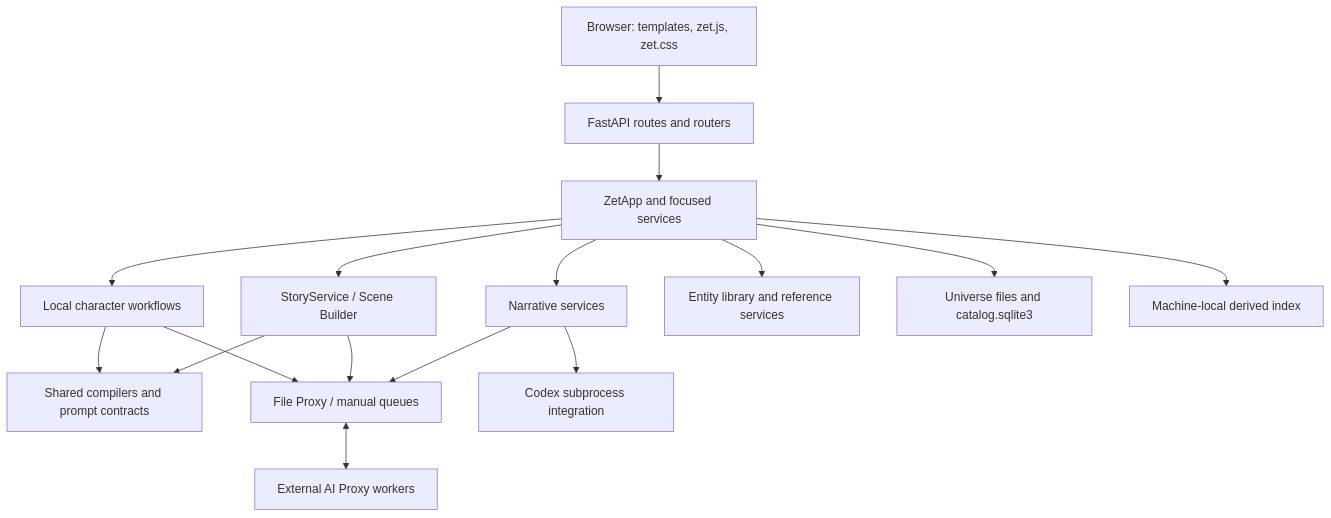
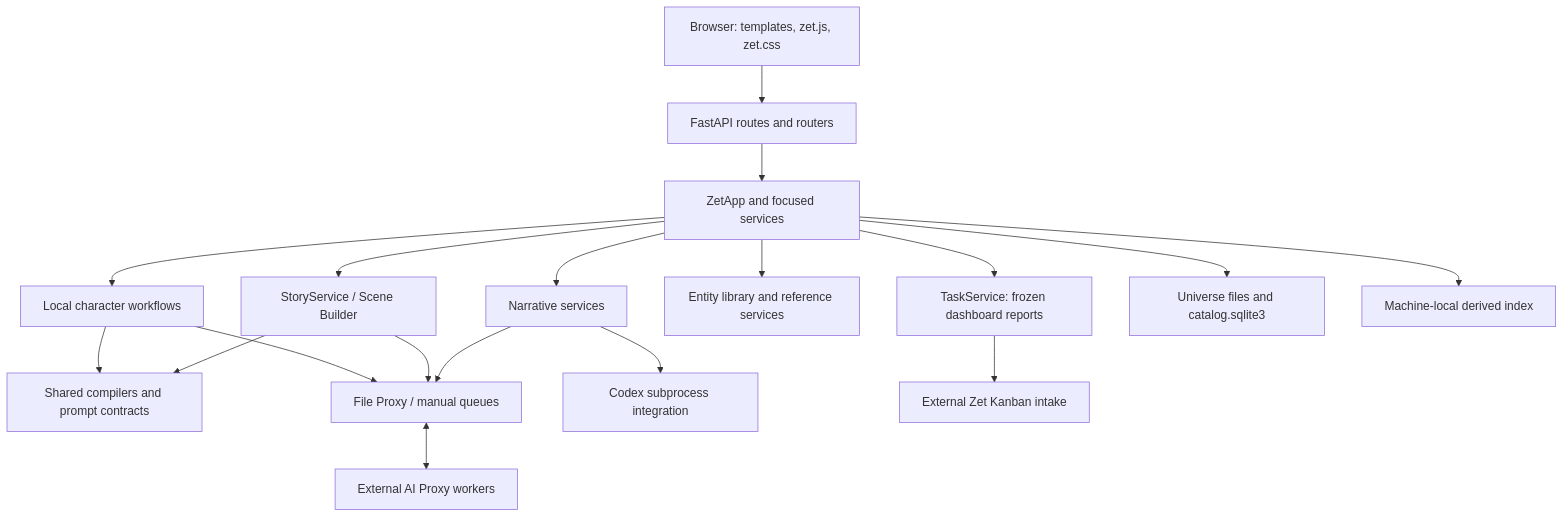
One commit to Joebok/Zet changed the diagram in Docs/ARCHITECTURE.md. Above: the diagram before and after it, drawn with Mermaid. The commit also changed other lines of this file and 19 other files, not shown here.

````diff
--- a/Docs/ARCHITECTURE.md
+++ b/Docs/ARCHITECTURE.md
@@ -7,18 +7,20 @@
 ```mermaid
 flowchart TD
     Browser[Browser: templates, zet.js, zet.css] --> Web[FastAPI routes and routers]
     Web --> App[ZetApp and focused services]
     App --> Characters[Local character workflows]
     App --> Scenes[StoryService / Scene Builder]
     App --> Narrative[Narrative services]
     App --> Library[Entity library and reference services]
     Characters --> Prompts[Shared compilers and prompt contracts]
     Scenes --> Prompts
     Characters --> Queue[File Proxy / manual queues]
     Scenes --> Queue
     Narrative --> Queue
     Narrative --> Codex[Codex subprocess integration]
+    App --> Tasks[TaskService: frozen dashboard reports]
+    Tasks --> Kanban[External Zet Kanban intake]
     Queue <--> Proxy[External AI Proxy workers]
     App --> Stores[Universe files and catalog.sqlite3]
     App --> Index[Machine-local derived index]
 ```
````
